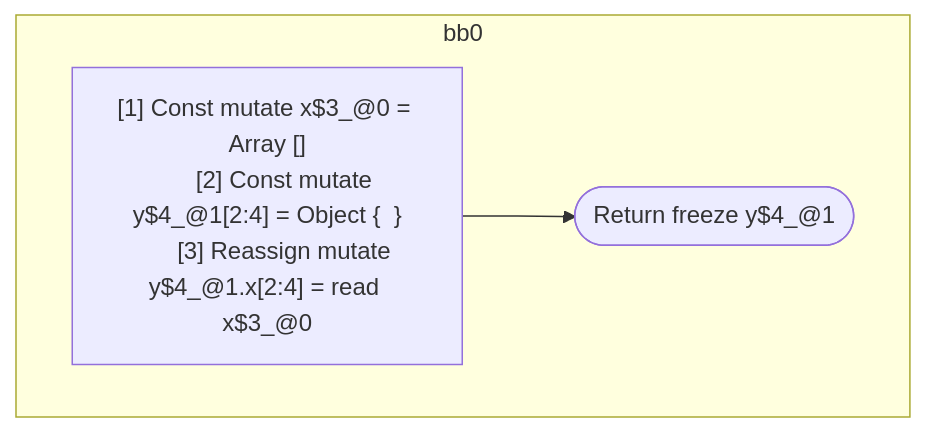
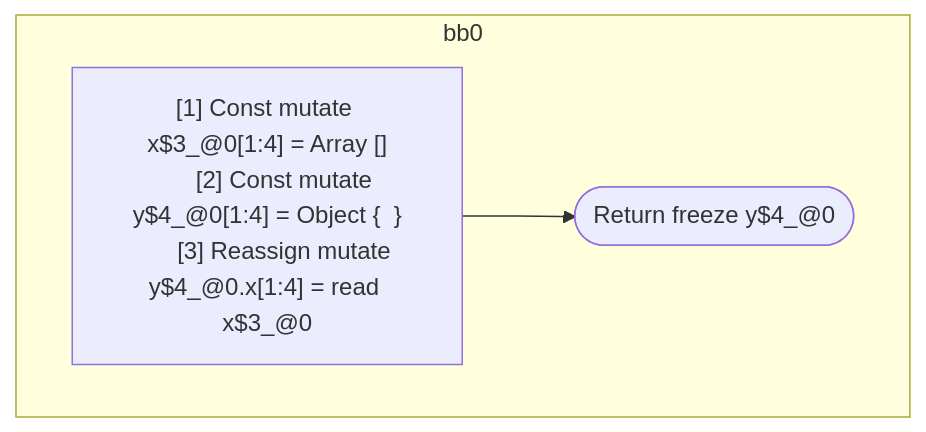
One commit to wutsmog/private changed the diagram in compiler/forget/src/__tests__/fixtures/hir/ssa-property.expect.md. Above: the diagram before and after it, drawn with Mermaid. The commit also changed other lines of this file and 4 other files, not shown here.

````diff
--- a/compiler/forget/src/__tests__/fixtures/hir/ssa-property.expect.md
+++ b/compiler/forget/src/__tests__/fixtures/hir/ssa-property.expect.md
@@ -28,15 +27,15 @@
 ```mermaid
 flowchart TB
   %% Basic Blocks
   subgraph bb0
     bb0_instrs["
-      [1] Const mutate x$3_@0 = Array []
-      [2] Const mutate y$4_@1[2:4] = Object {  }
-      [3] Reassign mutate y$4_@1.x[2:4] = read x$3_@0
+      [1] Const mutate x$3_@0[1:4] = Array []
+      [2] Const mutate y$4_@0[1:4] = Object {  }
+      [3] Reassign mutate y$4_@0.x[1:4] = read x$3_@0
     "]
-    bb0_instrs --> bb0_terminal(["Return freeze y$4_@1"])
+    bb0_instrs --> bb0_terminal(["Return freeze y$4_@0"])
   end
 
   %% Jumps
   %% empty
 ```
````
